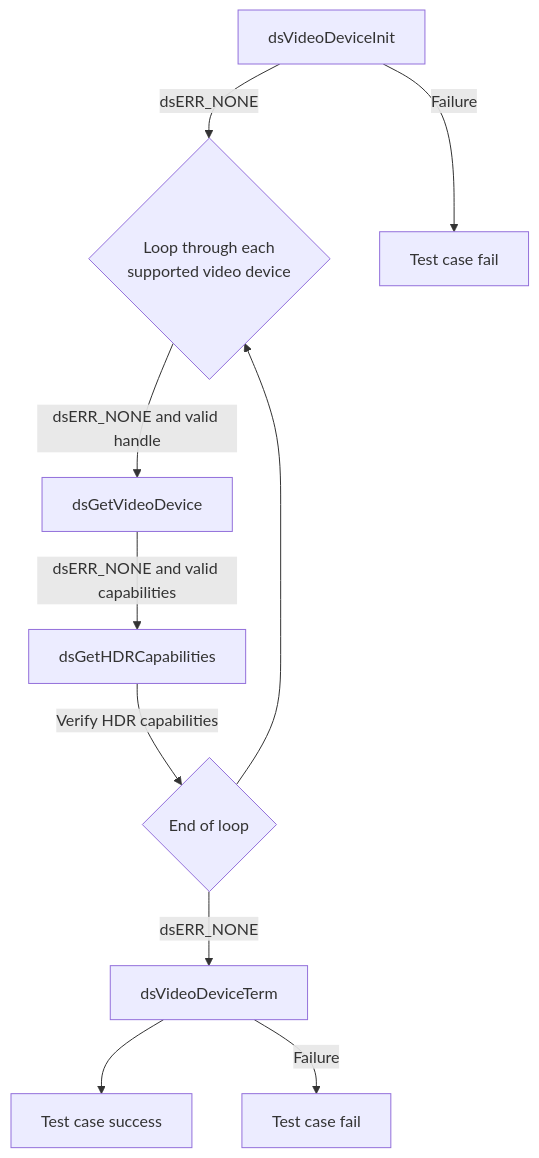
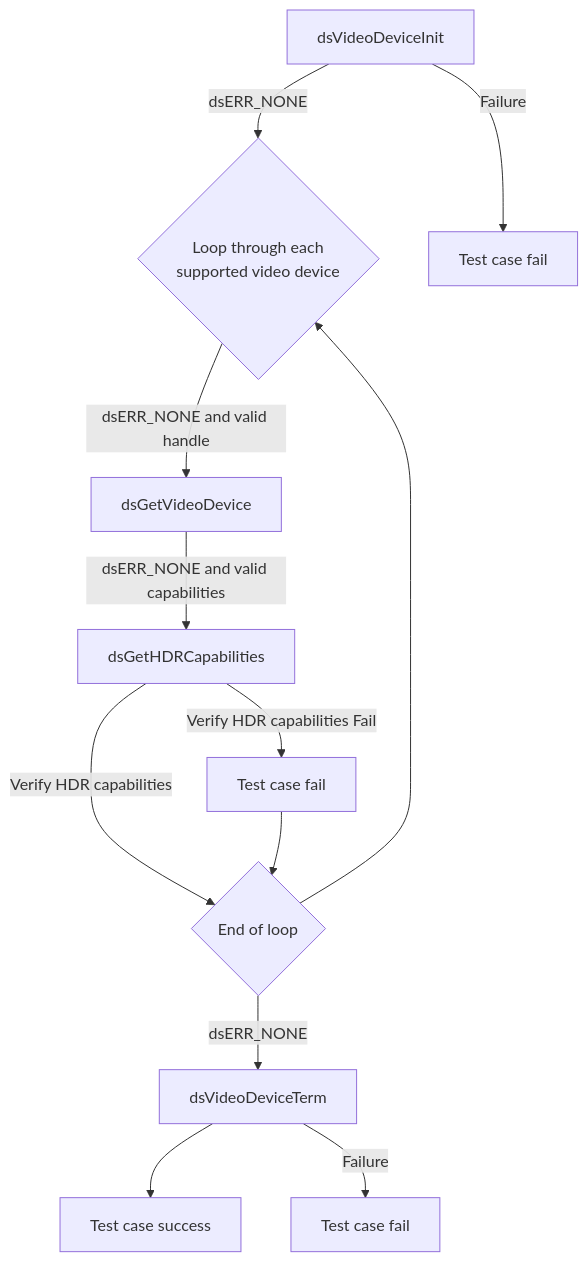
Before and after one commit to rdkcentral/rdk-halif-test-device_settings: the second of 5 diagrams in docs/pages/ds-video-device_L2-Low-Level_TestSpec.md, drawn with Mermaid. The commit also changed other lines of this file and 13 other files, not shown here.

````diff
--- a/docs/pages/ds-video-device_L2-Low-Level_TestSpec.md
+++ b/docs/pages/ds-video-device_L2-Low-Level_TestSpec.md
@@ -105,12 +109,14 @@
 ```mermaid
 graph TB
-A[dsVideoDeviceInit] -->|dsERR_NONE| B{Loop through each <br> supported video device}
-B -->|dsERR_NONE and valid handle| C[dsGetVideoDevice]
-C -->|dsERR_NONE and valid capabilities| D[dsGetHDRCapabilities]
-D -->|Verify HDR capabilities| E{End of loop}
+A[dsVideoDeviceInit] -->|dsERR_NONE|B{Loop through each <br> supported video device}
+B -->|dsERR_NONE and valid handle|C[dsGetVideoDevice]
+C -->|dsERR_NONE and valid capabilities|D[dsGetHDRCapabilities]
+D -->|Verify HDR capabilities|E{End of loop}
+D -->|Verify HDR capabilities Fail|D1[Test case fail]
+D1 --> E
 E --> B
-E -->|dsERR_NONE| F[dsVideoDeviceTerm]
+E -->|dsERR_NONE|F[dsVideoDeviceTerm]
 F --> G[Test case success]
-A -->|Failure| H[Test case fail]
-F -->|Failure| J[Test case fail]
+A -->|Failure|H[Test case fail]
+F -->|Failure|J[Test case fail]
 ```
````
